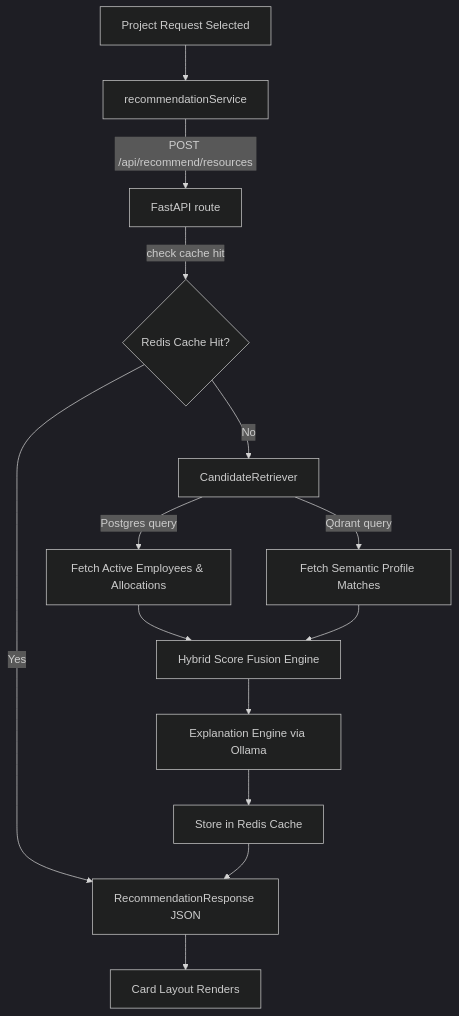
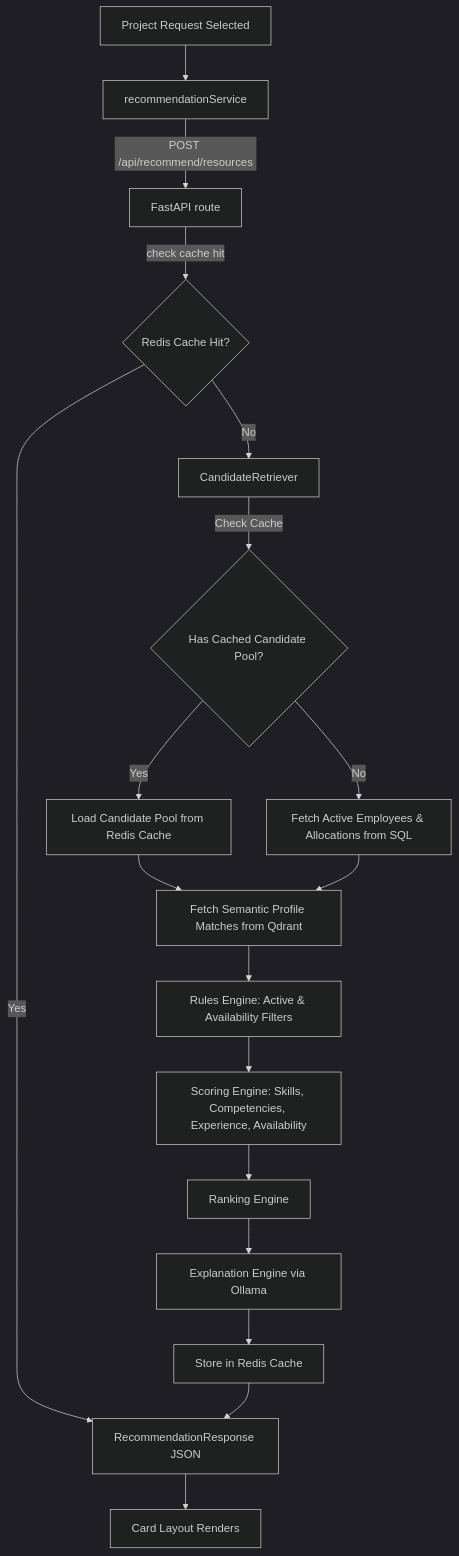
One commit to suryapratap04-jman/npc changed the third of 7 diagrams in docs/02_System_Architecture.md. Above: the diagram before and after it, drawn with Mermaid (dark theme). The commit also changed other lines of this file and 57 other files, not shown here.

````diff
--- a/docs/02_System_Architecture.md
+++ b/docs/02_System_Architecture.md
@@ -36,16 +30,19 @@
 ```mermaid
 graph TD
     UI[Project Request Selected] --> Service[recommendationService]
     Service -->|POST /api/recommend/resources| FastAPI[FastAPI route]
     FastAPI -->|check cache hit| RedisCache{Redis Cache Hit?}
     RedisCache -->|Yes| Response[RecommendationResponse JSON]
     RedisCache -->|No| Retriever[CandidateRetriever]
-    Retriever -->|Postgres query| SQL[Fetch Active Employees & Allocations]
-    Retriever -->|Qdrant query| Vector[Fetch Semantic Profile Matches]
-    SQL --> Fuse[Hybrid Score Fusion Engine]
-    Vector --> Fuse
-    Fuse --> RAG[Explanation Engine via Ollama]
+    Retriever -->|Check Cache| PrecomputedPool{Has Cached Candidate Pool?}
+    PrecomputedPool -->|Yes| LoadCached[Load Candidate Pool from Redis Cache]
+    PrecomputedPool -->|No| LoadPostgres[Fetch Active Employees & Allocations from SQL]
+    LoadCached & LoadPostgres --> Vector[Fetch Semantic Profile Matches from Qdrant]
+    Vector --> Filter[Rules Engine: Active & Availability Filters]
+    Filter --> Score[Scoring Engine: Skills, Competencies, Experience, Availability]
+    Score --> Rank[Ranking Engine]
+    Rank --> RAG[Explanation Engine via Ollama]
     RAG --> WriteCache[Store in Redis Cache]
     WriteCache --> Response
     Response --> MappedUI[Card Layout Renders]
 ```
````
